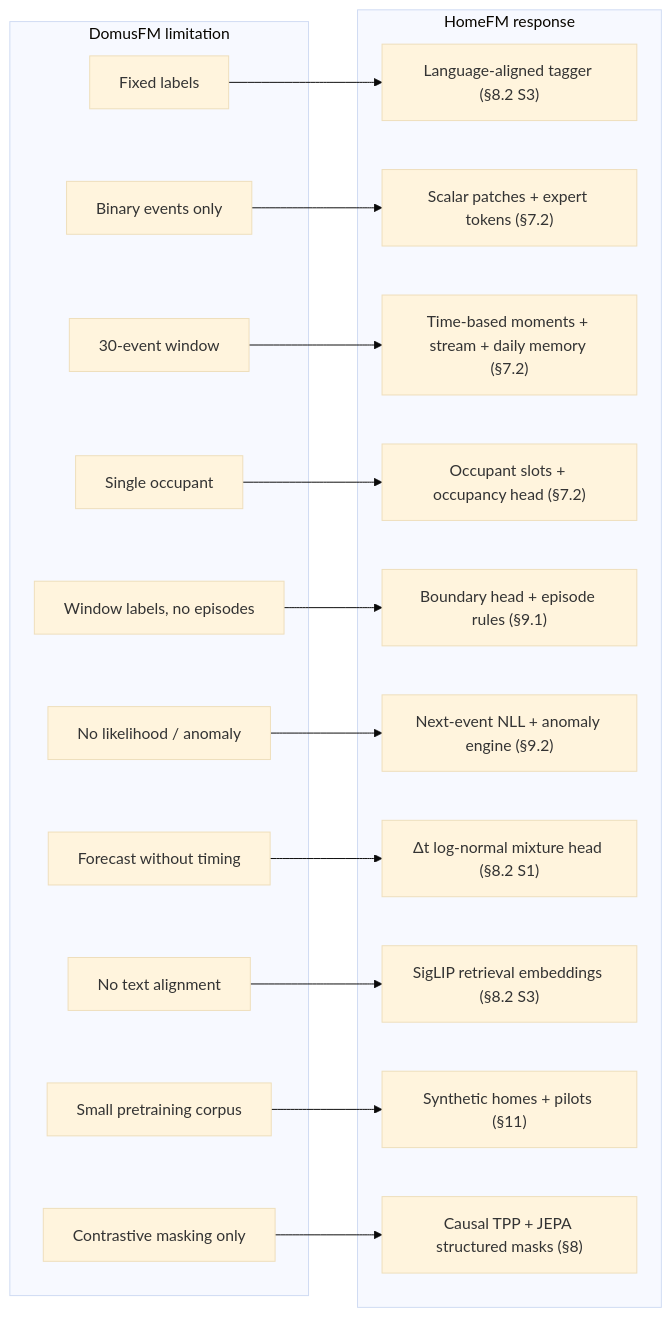
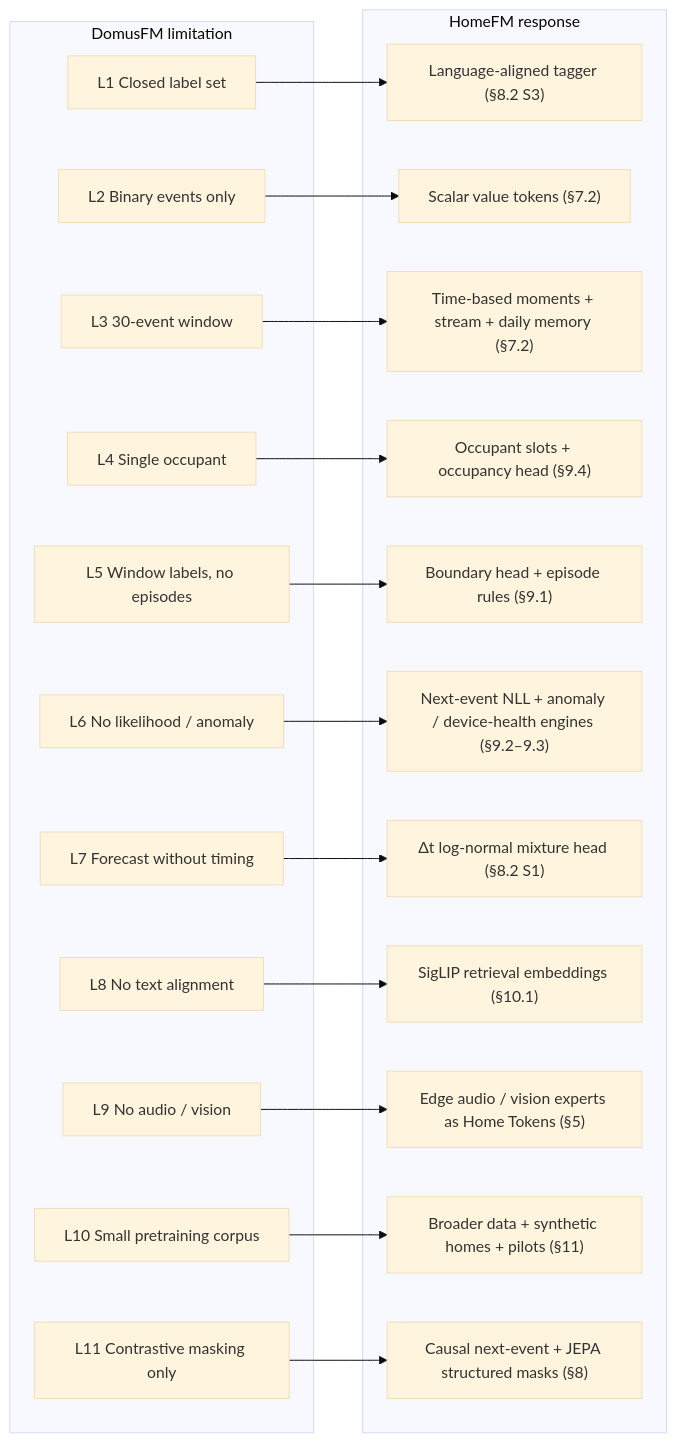
The first of 15 diagrams in docs/DESIGN.md (vishal6042/Foundation-Model), drawn with Mermaid (base theme) before and after one commit. The commit also changed other lines of this file, not shown here.

````diff
--- a/docs/DESIGN.md
+++ b/docs/DESIGN.md
@@ -135,37 +159,40 @@
 ```mermaid
 flowchart LR
     subgraph DFM["DomusFM limitation"]
-        L1["Fixed labels"]
-        L2["Binary events only"]
-        L3["30-event window"]
-        L4["Single occupant"]
-        L5["Window labels, no episodes"]
-        L6["No likelihood / anomaly"]
-        L7["Forecast without timing"]
-        L8["No text alignment"]
-        L9["Small pretraining corpus"]
-        L10["Contrastive masking only"]
+        L1["L1 Closed label set"]
+        L2["L2 Binary events only"]
+        L3["L3 30-event window"]
+        L4["L4 Single occupant"]
+        L5["L5 Window labels, no episodes"]
+        L6["L6 No likelihood / anomaly"]
+        L7["L7 Forecast without timing"]
+        L8["L8 No text alignment"]
+        L9["L9 No audio / vision"]
+        L10["L10 Small pretraining corpus"]
+        L11["L11 Contrastive masking only"]
     end
     subgraph HFM["HomeFM response"]
         R1["Language-aligned tagger (§8.2 S3)"]
-        R2["Scalar patches + expert tokens (§7.2)"]
+        R2["Scalar value tokens (§7.2)"]
         R3["Time-based moments + stream + daily memory (§7.2)"]
-        R4["Occupant slots + occupancy head (§7.2)"]
+        R4["Occupant slots + occupancy head (§9.4)"]
         R5["Boundary head + episode rules (§9.1)"]
-        R6["Next-event NLL + anomaly engine (§9.2)"]
+        R6["Next-event NLL + anomaly / device-health engines (§9.2–9.3)"]
         R7["Δt log-normal mixture head (§8.2 S1)"]
-        R8["SigLIP retrieval embeddings (§8.2 S3)"]
-        R9["Synthetic homes + pilots (§11)"]
-        R10["Causal TPP + JEPA structured masks (§8)"]
+        R8["SigLIP retrieval embeddings (§10.1)"]
+        R9["Edge audio / vision experts as Home Tokens (§5)"]
+        R10["Broader data + synthetic homes + pilots (§11)"]
+        R11["Causal next-event + JEPA structured masks (§8)"]
     end
     L1 --> R1
     L2 --> R2
     L3 --> R3
     L4 --> R4
     L5 --> R5
     L6 --> R6
     L7 --> R7
     L8 --> R8
     L9 --> R9
     L10 --> R10
+    L11 --> R11
 ```
````
